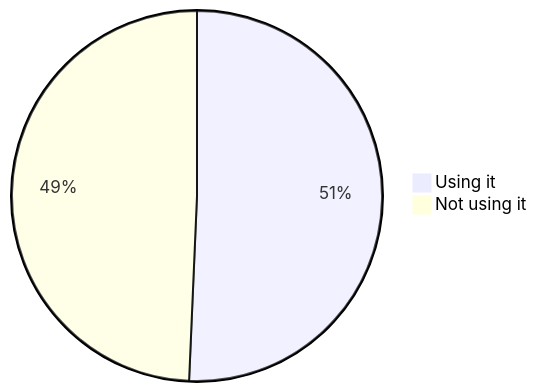
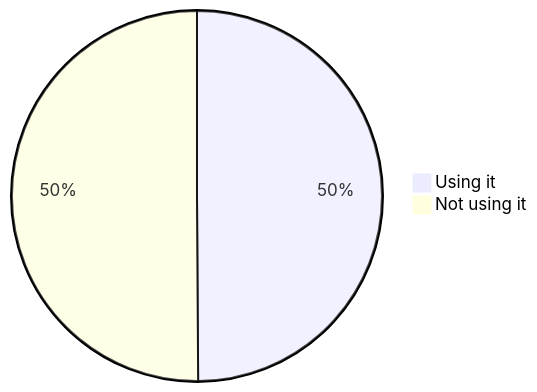
Before and after one commit to oshp/oshp-stats: the second of 22 diagrams in stats.md, drawn with Mermaid. The commit also changed other lines of this file, not shown here.

````diff
--- a/stats.md
+++ b/stats.md
@@ -22,6 +22,6 @@
 ```mermaid
 pie
-	"Using it" : 50.68
-	"Not using it" : 49.32
+	"Using it" : 49.9
+	"Not using it" : 50.1
 
 ```
````
